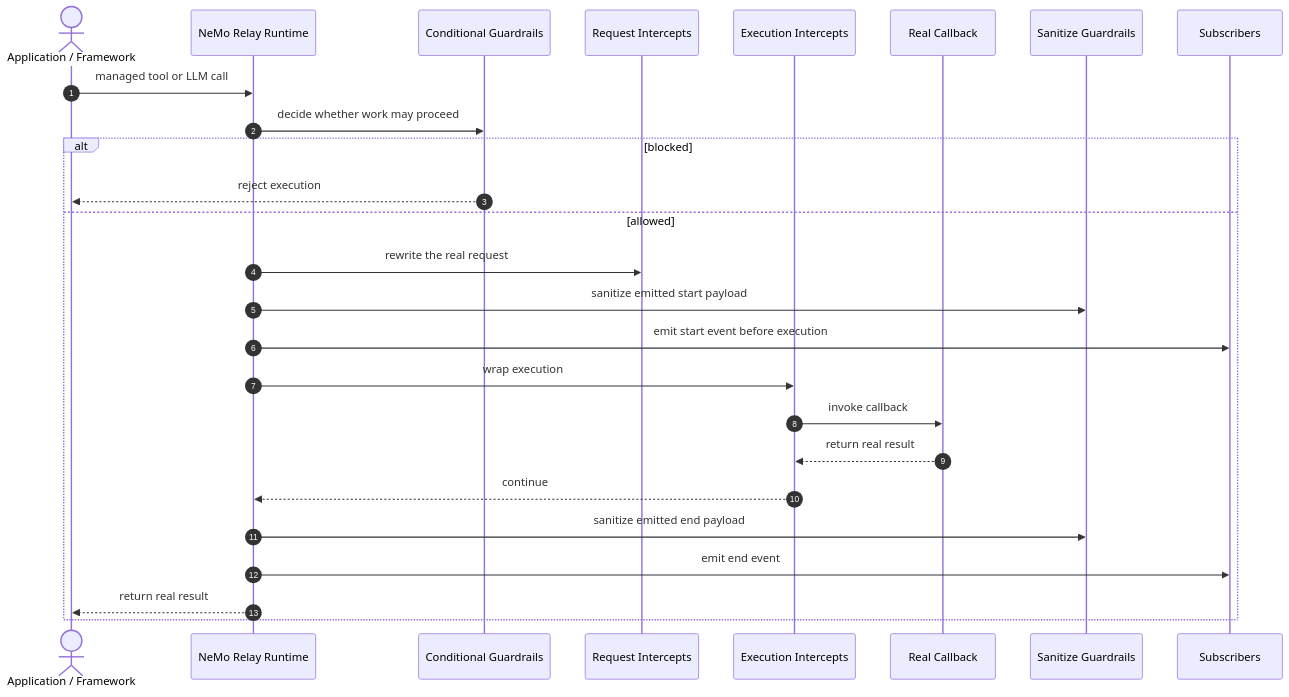
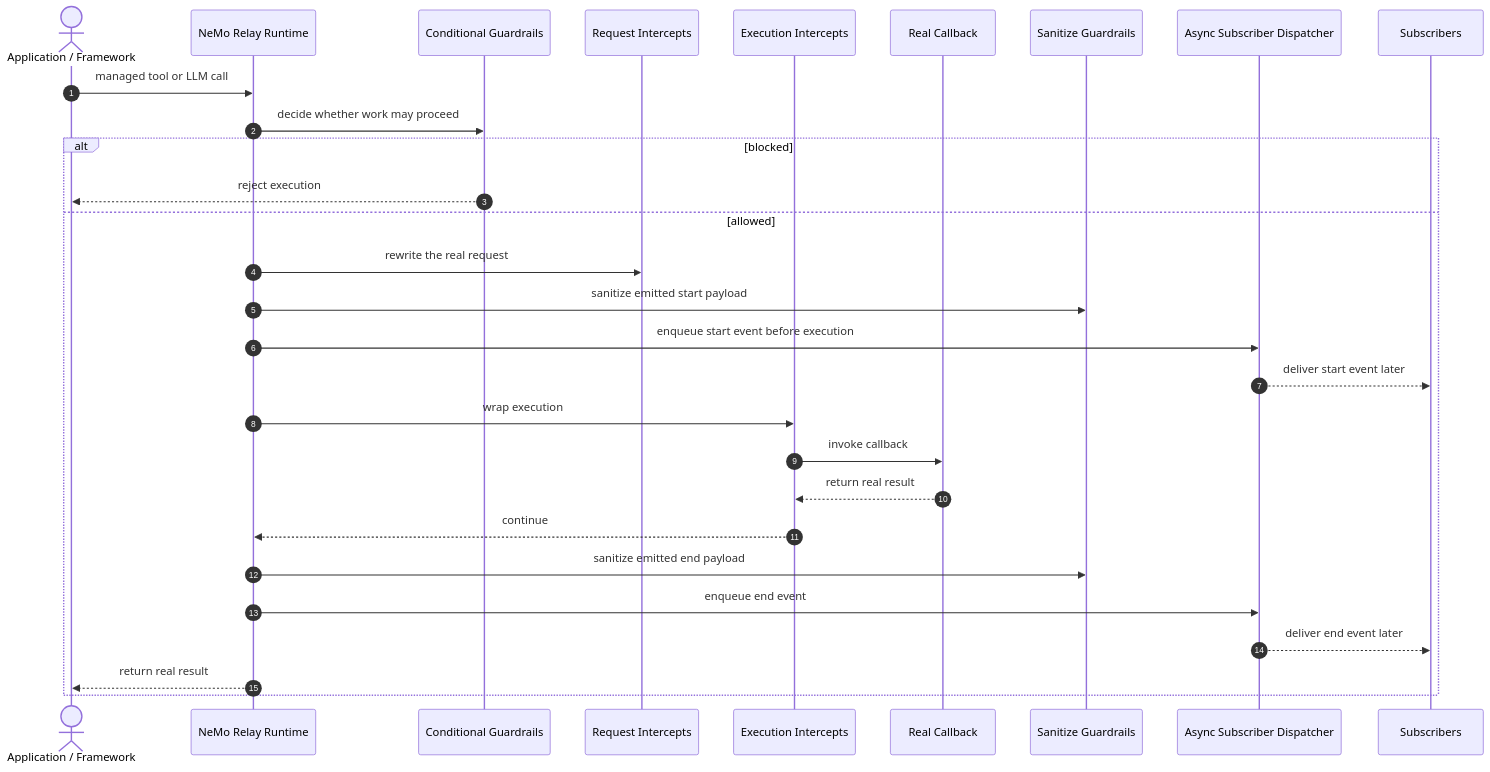
Before and after one commit to willkill07/NeMo-Relay: the first of 2 diagrams in fern/pages-dev/about-nemo-relay/concepts/middleware.mdx, drawn with Mermaid. The commit also changed other lines of this file and 186 other files, not shown here.

````diff
--- a/fern/pages-dev/about-nemo-relay/concepts/middleware.mdx
+++ b/fern/pages-dev/about-nemo-relay/concepts/middleware.mdx
@@ -117,30 +117,33 @@
 ```mermaid
 sequenceDiagram
     autonumber
     actor Caller as Application / Framework
     participant Runtime as NeMo Relay Runtime
     participant Cond as Conditional Guardrails
     participant Req as Request Intercepts
     participant Exec as Execution Intercepts
     participant Callback as Real Callback
     participant San as Sanitize Guardrails
+    participant Dispatch as Async Subscriber Dispatcher
     participant Subs as Subscribers
 
     Caller->>Runtime: managed tool or LLM call
     Runtime->>Cond: decide whether work may proceed
 
     alt blocked
         Cond-->>Caller: reject execution
     else allowed
         Runtime->>Req: rewrite the real request
         Runtime->>San: sanitize emitted start payload
-        Runtime->>Subs: emit start event before execution
+        Runtime->>Dispatch: enqueue start event before execution
+        Dispatch-->>Subs: deliver start event later
         Runtime->>Exec: wrap execution
         Exec->>Callback: invoke callback
         Callback-->>Exec: return real result
         Exec-->>Runtime: continue
         Runtime->>San: sanitize emitted end payload
-        Runtime->>Subs: emit end event
+        Runtime->>Dispatch: enqueue end event
+        Dispatch-->>Subs: deliver end event later
         Runtime-->>Caller: return real result
     end
 ```
````
